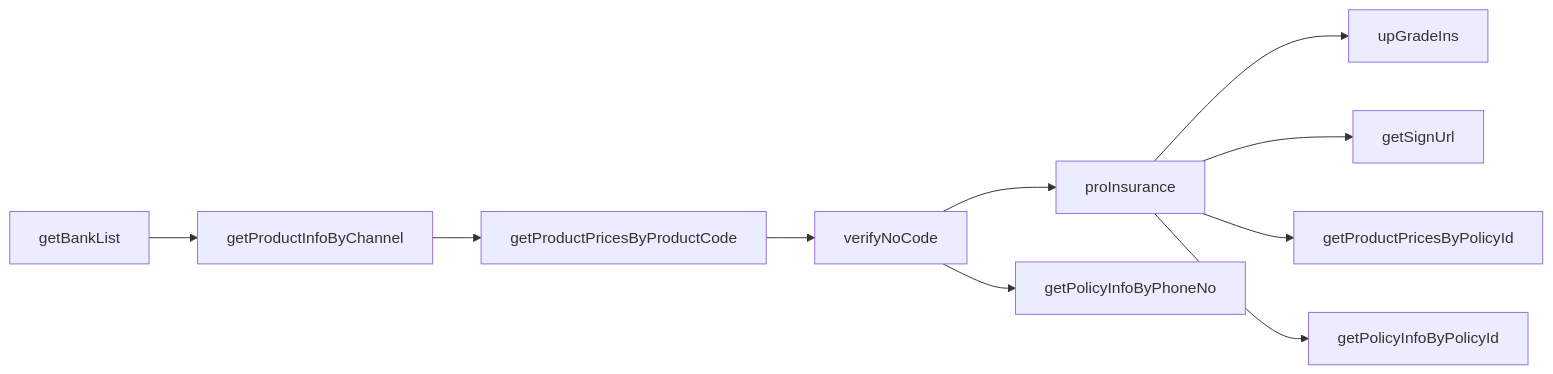
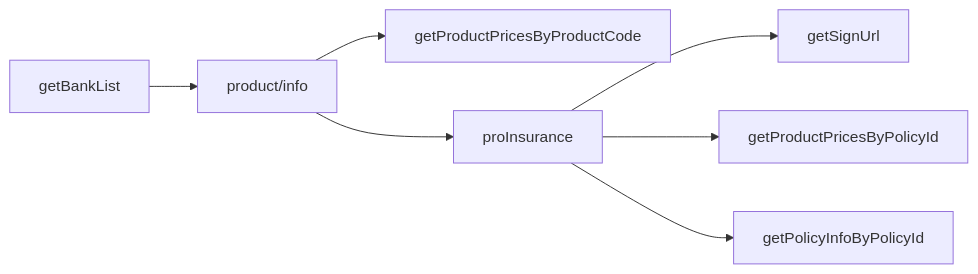
Before and after one commit to duchongdev/insurance: the diagram in docs/CHANNEL_API.md, drawn with Mermaid. The commit also changed other lines of this file and 53 other files, not shown here.

````diff
--- a/docs/CHANNEL_API.md
+++ b/docs/CHANNEL_API.md
@@ -171,12 +172,9 @@
 ```mermaid
 flowchart LR
-  A[getBankList] --> B[getProductInfoByChannel]
+  A[getBankList] --> B[product/info]
   B --> C[getProductPricesByProductCode]
-  C --> D[verifyNoCode]
-  D --> E[proInsurance]
-  E --> F[upGradeIns]
+  B --> E[proInsurance]
   E --> G[getSignUrl]
-  D --> H[getPolicyInfoByPhoneNo]
   E --> I[getProductPricesByPolicyId]
   E --> J[getPolicyInfoByPolicyId]
 ```
````
